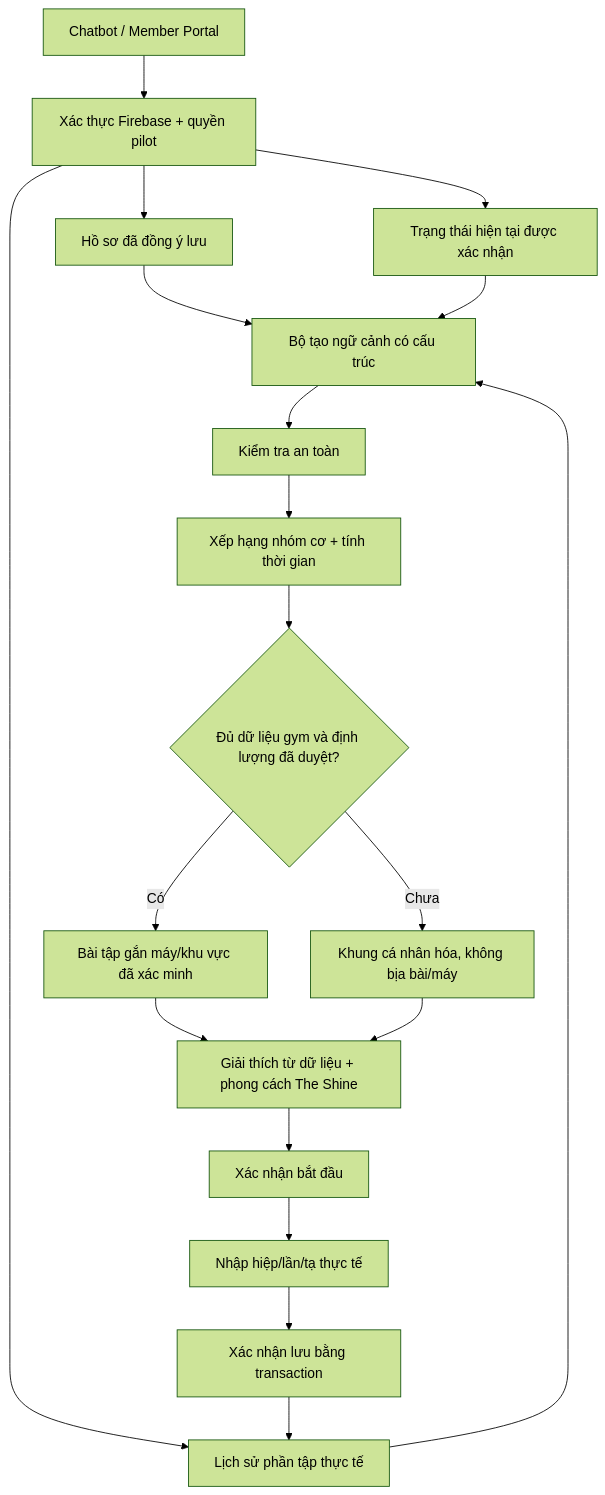
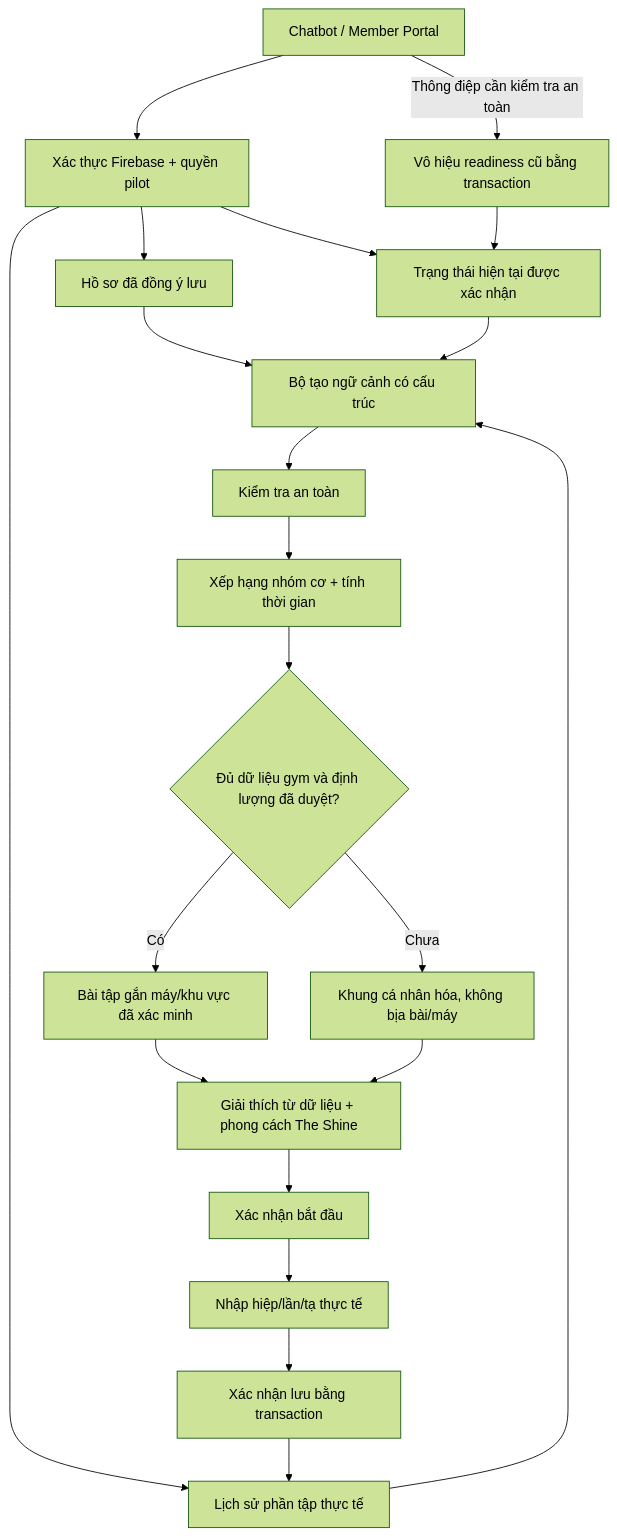
Before and after one commit to ducng0611/the-shine-fitness: the diagram in docs/step3-architecture.vi.md, drawn with Mermaid (forest theme). The commit also changed other lines of this file, not shown here.

Commit message:
docs(training): document safety-driven readiness invalidation and snapshot behavior

````diff
--- a/docs/step3-architecture.vi.md
+++ b/docs/step3-architecture.vi.md
@@ -15,21 +15,23 @@
 ```mermaid
 flowchart TD
   A[Chatbot / Member Portal] --> B[Xác thực Firebase + quyền pilot]
   B --> C[Hồ sơ đã đồng ý lưu]
   B --> D[Trạng thái hiện tại được xác nhận]
   B --> E[Lịch sử phần tập thực tế]
   C --> F[Bộ tạo ngữ cảnh có cấu trúc]
   D --> F
   E --> F
   F --> G[Kiểm tra an toàn]
   G --> H[Xếp hạng nhóm cơ + tính thời gian]
   H --> I{Đủ dữ liệu gym và định lượng đã duyệt?}
   I -->|Có| J[Bài tập gắn máy/khu vực đã xác minh]
   I -->|Chưa| K[Khung cá nhân hóa, không bịa bài/máy]
   J --> L[Giải thích từ dữ liệu + phong cách The Shine]
   K --> L
   L --> M[Xác nhận bắt đầu]
   M --> N[Nhập hiệp/lần/tạ thực tế]
   N --> O[Xác nhận lưu bằng transaction]
   O --> E
+  A -->|Thông điệp cần kiểm tra an toàn| S[Vô hiệu readiness cũ bằng transaction]
+  S --> D
 ```
````
